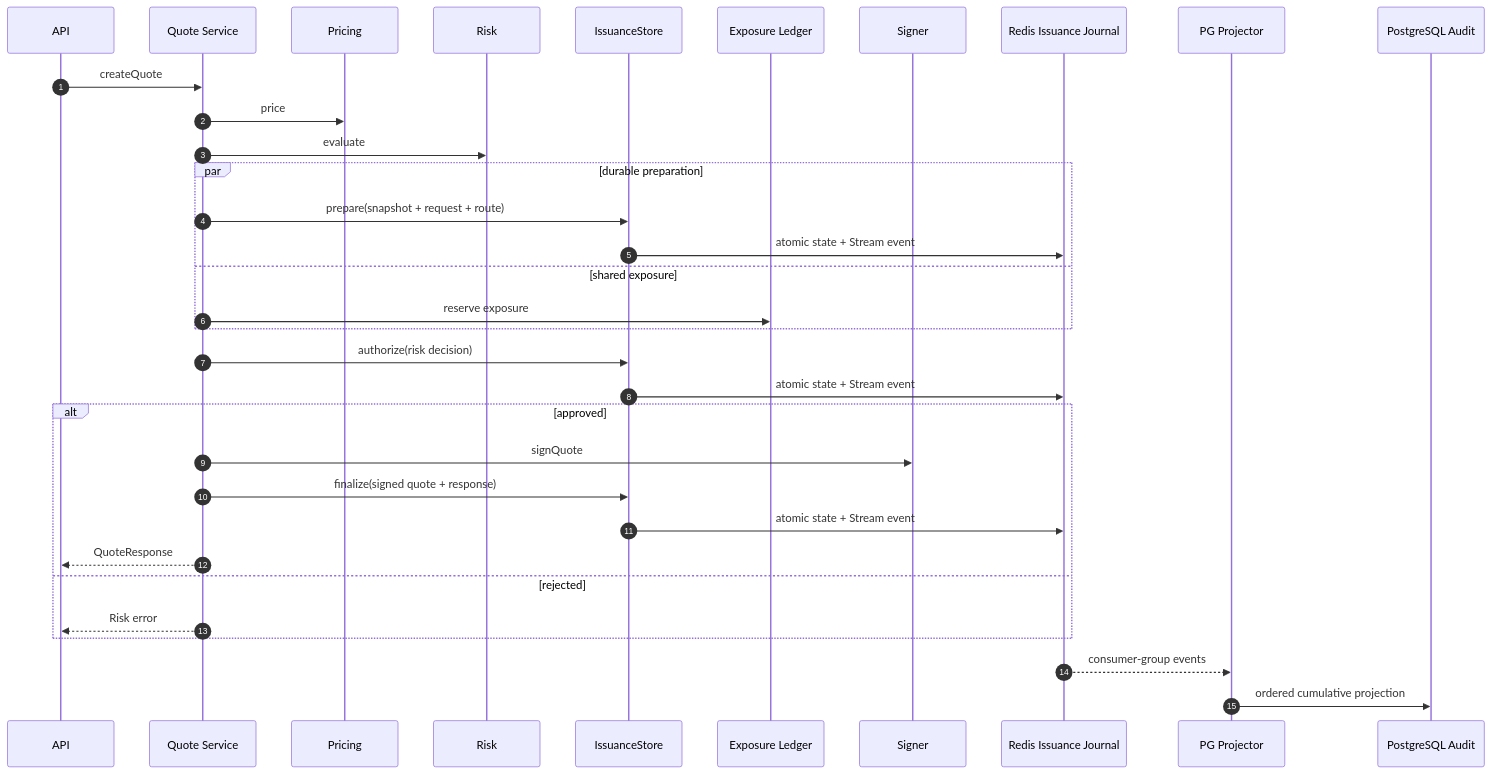
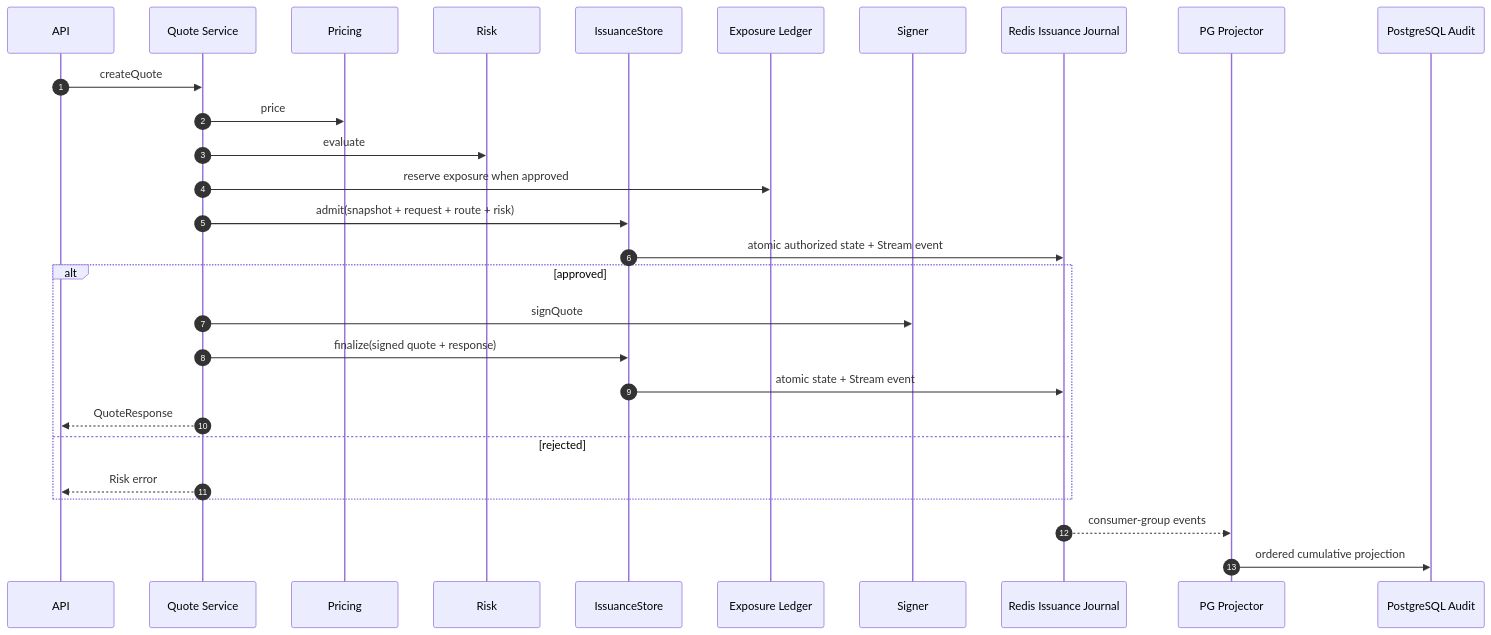
Before and after one commit to alvis-ai/production-grade-web3-rfq-market-maker: the second of 3 diagrams in book/Volume5-BackendEngineering/Chapter02-Quote-Service.md, drawn with Mermaid. The commit also changed other lines of this file and 17 other files, not shown here.

````diff
--- a/book/Volume5-BackendEngineering/Chapter02-Quote-Service.md
+++ b/book/Volume5-BackendEngineering/Chapter02-Quote-Service.md
@@ -78,36 +78,31 @@
 ```mermaid
 sequenceDiagram
   autonumber
   participant API
   participant Q as Quote Service
   participant P as Pricing
   participant R as Risk
   participant I as IssuanceStore
   participant E as Exposure Ledger
   participant S as Signer
   participant J as Redis Issuance Journal
   participant M as PG Projector
   participant DB as PostgreSQL Audit
 
   API->>Q: createQuote
   Q->>P: price
   Q->>R: evaluate
-  par durable preparation
-    Q->>I: prepare(snapshot + request + route)
-    I->>J: atomic state + Stream event
-  and shared exposure
-    Q->>E: reserve exposure
-  end
-  Q->>I: authorize(risk decision)
-  I->>J: atomic state + Stream event
+  Q->>E: reserve exposure when approved
+  Q->>I: admit(snapshot + request + route + risk)
+  I->>J: atomic authorized state + Stream event
   alt approved
     Q->>S: signQuote
     Q->>I: finalize(signed quote + response)
     I->>J: atomic state + Stream event
     Q-->>API: QuoteResponse
   else rejected
     Q-->>API: Risk error
   end
   J-->>M: consumer-group events
   M->>DB: ordered cumulative projection
 ```
````
